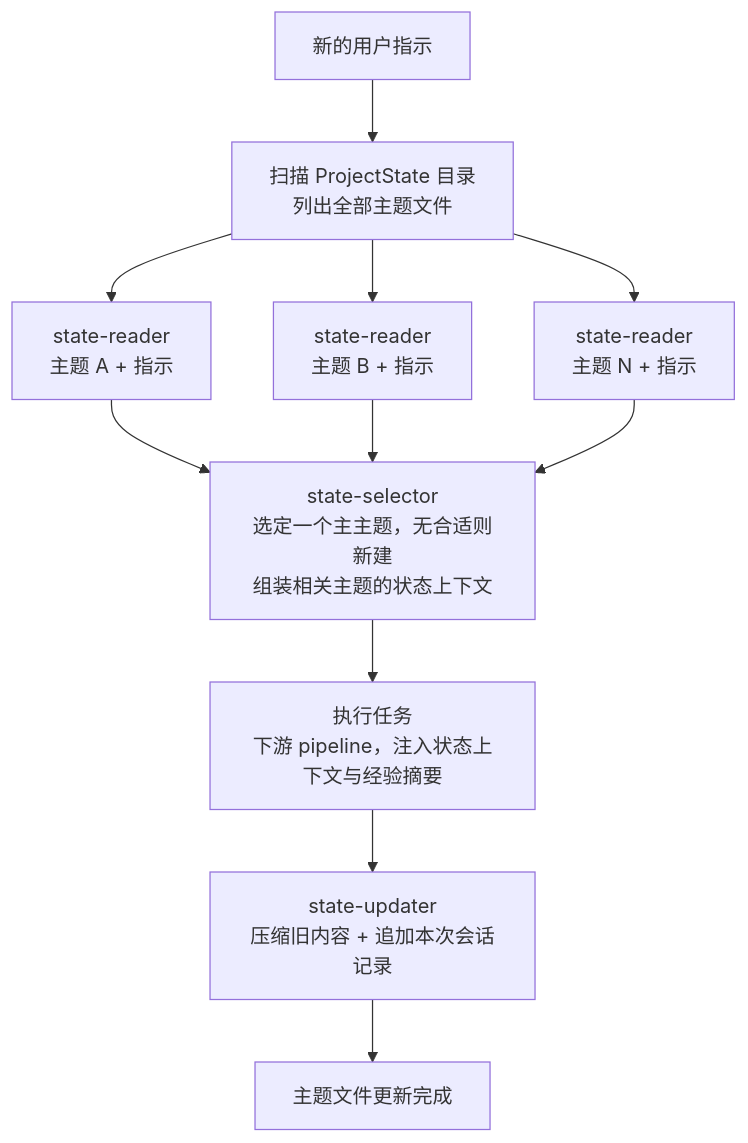
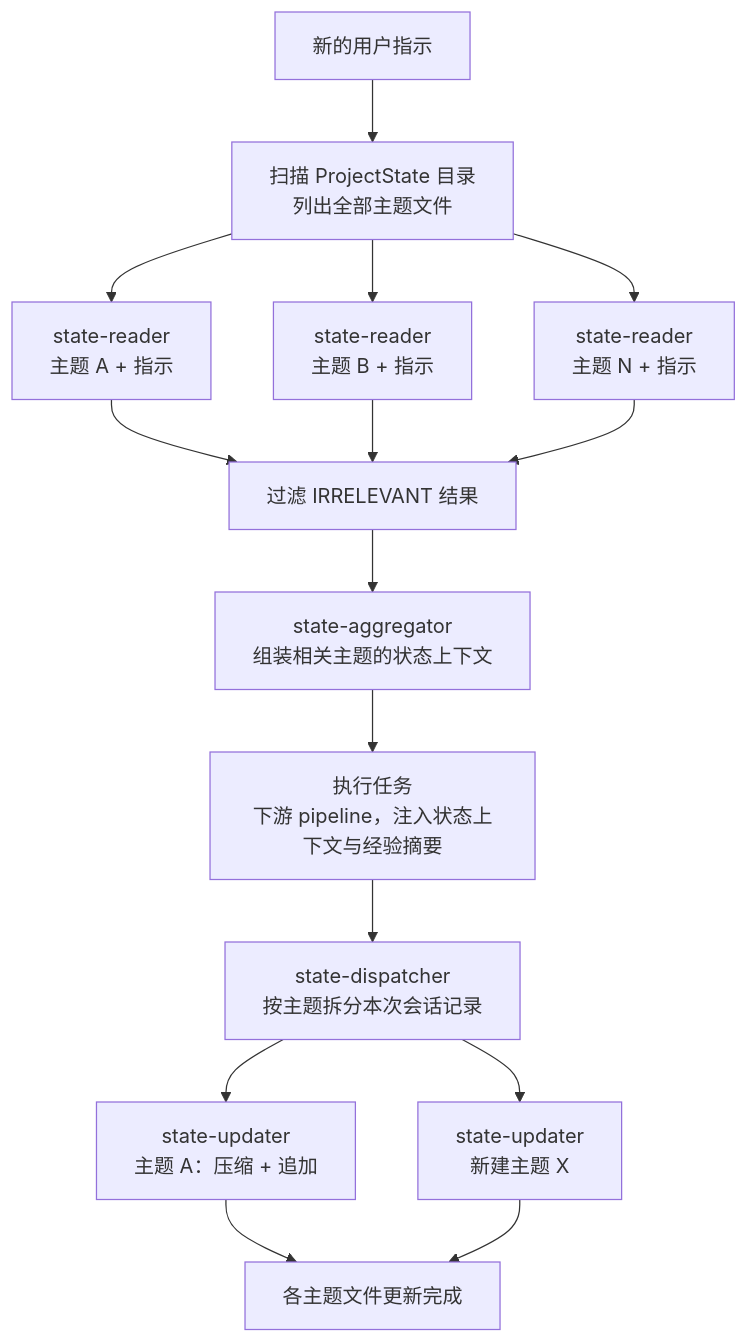
The third of 3 diagrams in src/memory/README.md (yindaheng98/MemoryAgentForge), drawn with Mermaid before and after one commit. The commit also changed other lines of this file, not shown here.

````diff
--- a/src/memory/README.md
+++ b/src/memory/README.md
@@ -208,13 +209,17 @@
 ```mermaid
 flowchart TD
     I[新的用户指示] --> S[扫描 ProjectState 目录<br>列出全部主题文件]
     S --> R1[state-reader<br>主题 A + 指示]
     S --> R2[state-reader<br>主题 B + 指示]
     S --> R3[state-reader<br>主题 N + 指示]
-    R1 --> SEL[state-selector<br>选定一个主主题，无合适则新建<br>组装相关主题的状态上下文]
-    R2 --> SEL
-    R3 --> SEL
-    SEL --> EXEC[执行任务<br>下游 pipeline，注入状态上下文与经验摘要]
-    EXEC --> U[state-updater<br>压缩旧内容 + 追加本次会话记录]
-    U --> F[主题文件更新完成]
+    R1 --> F[过滤 IRRELEVANT 结果]
+    R2 --> F
+    R3 --> F
+    F --> A[state-aggregator<br>组装相关主题的状态上下文]
+    A --> EXEC[执行任务<br>下游 pipeline，注入状态上下文与经验摘要]
+    EXEC --> D[state-dispatcher<br>按主题拆分本次会话记录]
+    D --> U1[state-updater<br>主题 A：压缩 + 追加]
+    D --> U2[state-updater<br>新建主题 X]
+    U1 --> DONE[各主题文件更新完成]
+    U2 --> DONE
 ```
````
